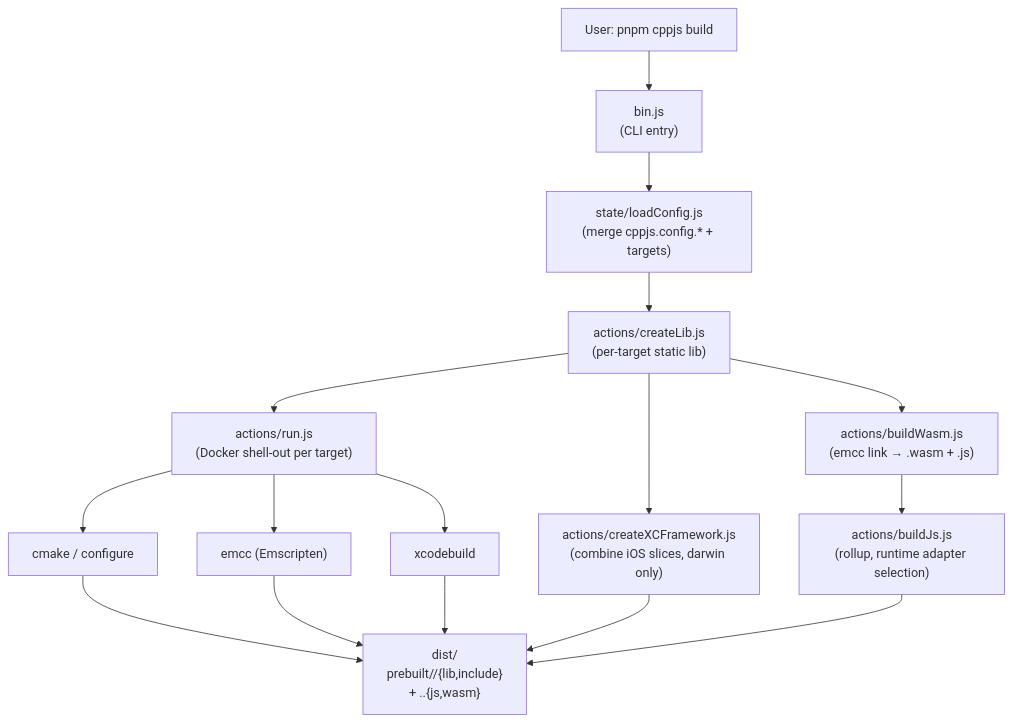
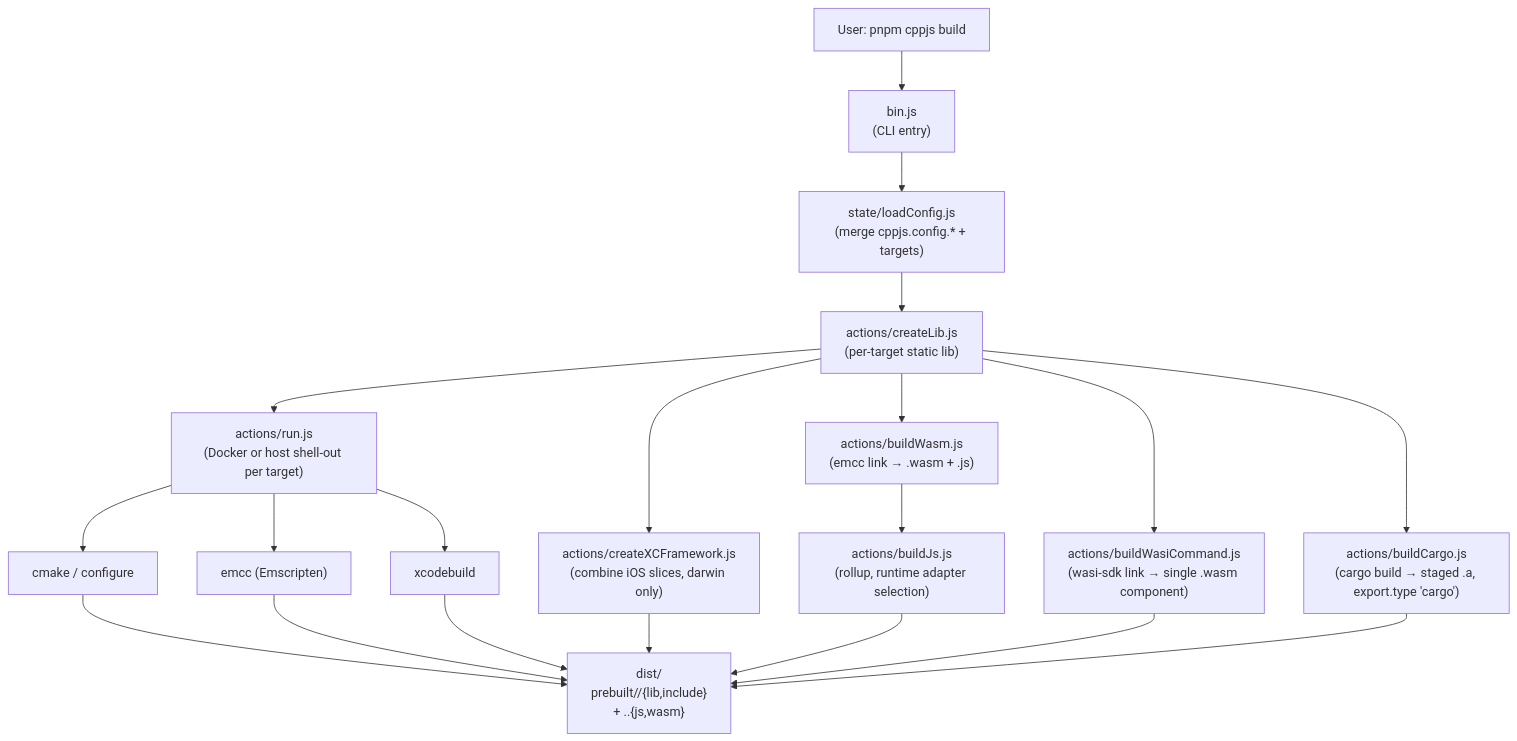
Before and after one commit to bugra9/cpp.js: the first of 3 diagrams in docs/ARCHITECTURE.md, drawn with Mermaid. The commit also changed other lines of this file and 39 other files, not shown here.

First line of the commit message:
docs: wasi, Rust, licensing and TypeScript waves across docs, website and agents

````diff
--- a/docs/ARCHITECTURE.md
+++ b/docs/ARCHITECTURE.md
@@ -7,31 +7,37 @@
 ```mermaid
 flowchart TD
     User["User: pnpm cppjs build"]
     Bin["bin.js<br/>(CLI entry)"]
     State["state/loadConfig.js<br/>(merge cppjs.config.* + targets)"]
     BuildLib["actions/createLib.js<br/>(per-target static lib)"]
     XCFwk["actions/createXCFramework.js<br/>(combine iOS slices, darwin only)"]
     BuildWasm["actions/buildWasm.js<br/>(emcc link → .wasm + .js)"]
+    BuildWasi["actions/buildWasiCommand.js<br/>(wasi-sdk link → single .wasm component)"]
+    BuildCargo["actions/buildCargo.js<br/>(cargo build → staged .a, export.type 'cargo')"]
     BuildJs["actions/buildJs.js<br/>(rollup, runtime adapter selection)"]
-    Run["actions/run.js<br/>(Docker shell-out per target)"]
+    Run["actions/run.js<br/>(Docker or host shell-out per target)"]
     Cmake["cmake / configure"]
     Emcc["emcc (Emscripten)"]
     Xcode["xcodebuild"]
     Dist["dist/<br/>prebuilt/<target>/{lib,include}<br/>+ <name>.<runtimeEnv>.{js,wasm}"]
 
     User --> Bin
     Bin --> State
     State --> BuildLib
     BuildLib --> Run
     BuildLib --> XCFwk
     BuildLib --> BuildWasm
+    BuildLib --> BuildWasi
+    BuildLib --> BuildCargo
     BuildWasm --> BuildJs
     Run --> Cmake
     Run --> Emcc
     Run --> Xcode
     Cmake --> Dist
     Emcc --> Dist
     Xcode --> Dist
     XCFwk --> Dist
     BuildJs --> Dist
+    BuildWasi --> Dist
+    BuildCargo --> Dist
 ```
````
